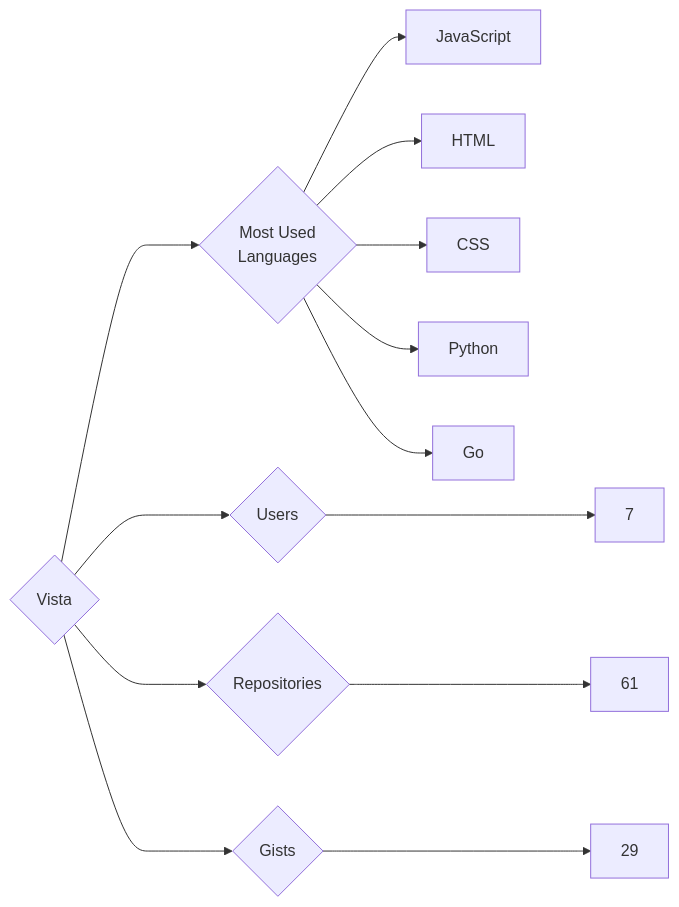
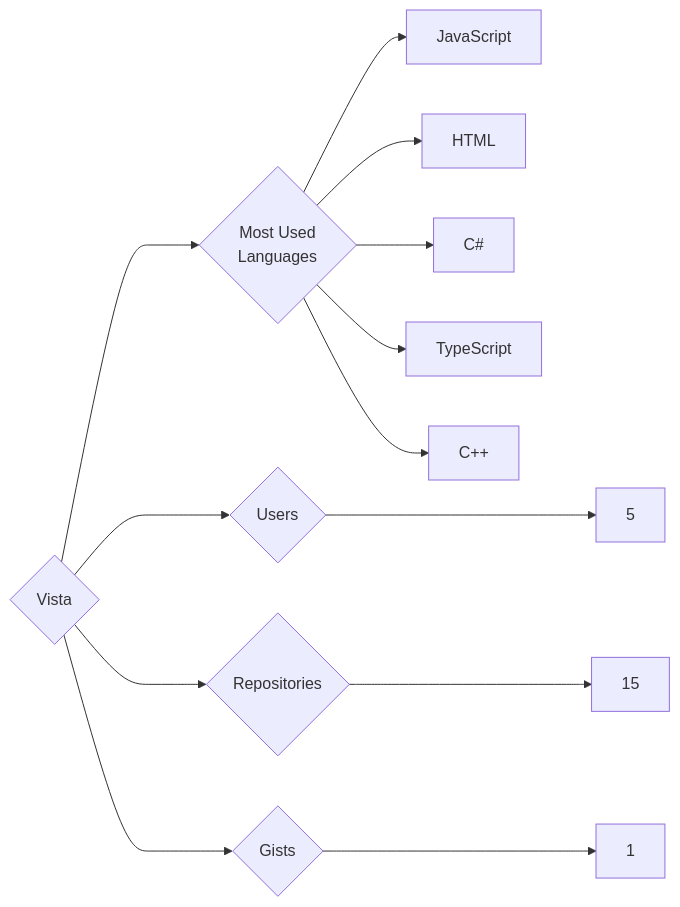
One commit to trickest/insiders changed the diagram in targets/Vista/README.md. Above: the diagram before and after it, drawn with Mermaid. The commit also changed 765 other files, not shown here.

````diff
--- a/targets/Vista/README.md
+++ b/targets/Vista/README.md
@@ -3,13 +3,13 @@
 ```mermaid
 graph LR
 COMPANY_NAME{Vista}
-COMPANY_NAME ---> U{Users} ---> UN[7]
-COMPANY_NAME ---> R{Repositories} ---> RN[61]
-COMPANY_NAME ---> G{Gists} ---> GN[29]
+COMPANY_NAME ---> U{Users} ---> UN[5]
+COMPANY_NAME ---> R{Repositories} ---> RN[15]
+COMPANY_NAME ---> G{Gists} ---> GN[1]
 COMPANY_NAME ---> ML{Most Used<br>Languages}
 ML --> JavaScript[JavaScript]
 ML --> HTML[HTML]
-ML --> CSS[CSS]
-ML --> Python[Python]
-ML --> Go[Go]
+ML --> C#[C#]
+ML --> TypeScript[TypeScript]
+ML --> C++[C++]
 ```
````
